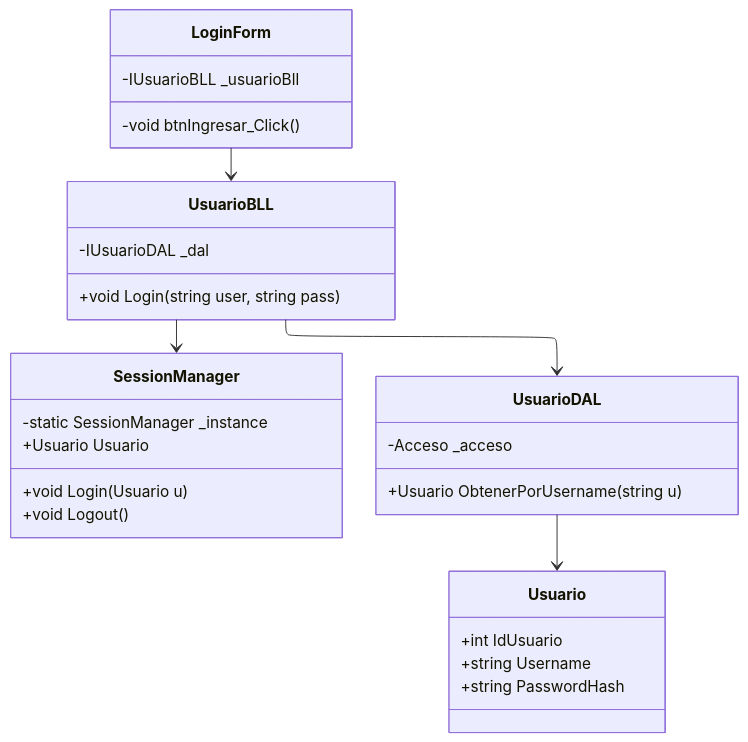
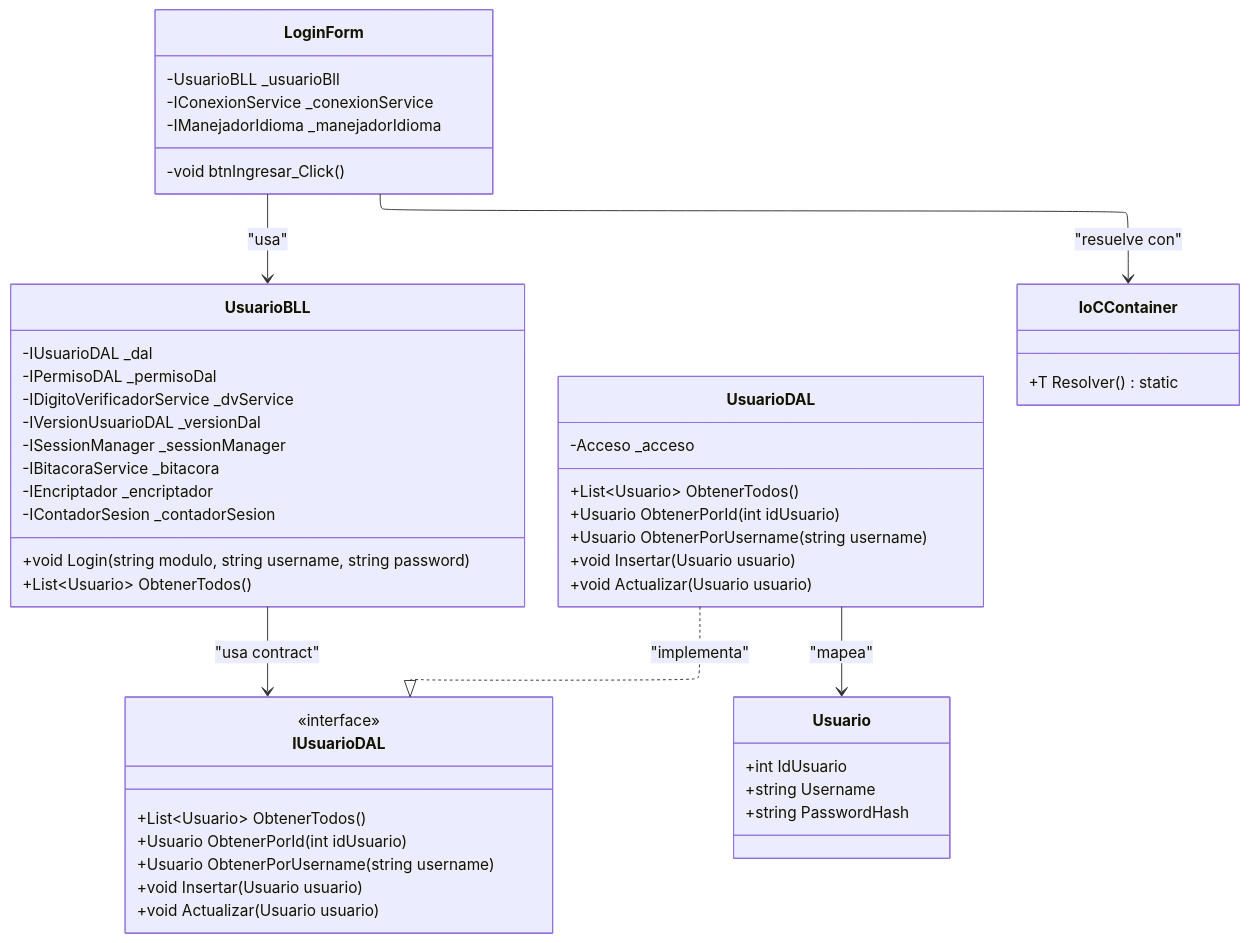
Before and after one commit to LautiSmyth/Stach: the fifth of 25 diagrams in Documentacion/diagrams_code.md, drawn with Mermaid. The commit also changed other lines of this file, not shown here.

Commit message:
Doc: Update sequence and module class diagrams to explicitly include the Abstracciones layer interfaces and IoCContainer

````diff
--- a/Documentacion/diagrams_code.md
+++ b/Documentacion/diagrams_code.md
@@ -128,34 +142,55 @@
 ```mermaid
 ---
 config:
   layout: elk
 ---
 classDiagram
     class LoginForm {
-        -IUsuarioBLL _usuarioBll
+        -UsuarioBLL _usuarioBll
+        -IConexionService _conexionService
+        -IManejadorIdioma _manejadorIdioma
         -void btnIngresar_Click()
-    }
-    class SessionManager {
-        -static SessionManager _instance
-        +Usuario Usuario
-        +void Login(Usuario u)
-        +void Logout()
     }
     class UsuarioBLL {
         -IUsuarioDAL _dal
-        +void Login(string user, string pass)
+        -IPermisoDAL _permisoDal
+        -IDigitoVerificadorService _dvService
+        -IVersionUsuarioDAL _versionDal
+        -ISessionManager _sessionManager
+        -IBitacoraService _bitacora
+        -IEncriptador _encriptador
+        -IContadorSesion _contadorSesion
+        +void Login(string modulo, string username, string password)
+        +List~Usuario~ ObtenerTodos()
+    }
+    class IUsuarioDAL {
+        <<interface>>
+        +List~Usuario~ ObtenerTodos()
+        +Usuario ObtenerPorId(int idUsuario)
+        +Usuario ObtenerPorUsername(string username)
+        +void Insertar(Usuario usuario)
+        +void Actualizar(Usuario usuario)
     }
     class UsuarioDAL {
         -Acceso _acceso
-        +Usuario ObtenerPorUsername(string u)
+        +List~Usuario~ ObtenerTodos()
+        +Usuario ObtenerPorId(int idUsuario)
+        +Usuario ObtenerPorUsername(string username)
+        +void Insertar(Usuario usuario)
+        +void Actualizar(Usuario usuario)
     }
     class Usuario {
         +int IdUsuario
         +string Username
         +string PasswordHash
     }
-    LoginForm --> UsuarioBLL
-    UsuarioBLL --> SessionManager
-    UsuarioBLL --> UsuarioDAL
-    UsuarioDAL --> Usuario
+    class IoCContainer {
+        +T Resolver() static
+    }
+
+    LoginForm --> IoCContainer : "resuelve con"
+    LoginForm --> UsuarioBLL : "usa"
+    UsuarioBLL --> IUsuarioDAL : "usa contract"
+    UsuarioDAL ..|> IUsuarioDAL : "implementa"
+    UsuarioDAL --> Usuario : "mapea"
 ```
````
